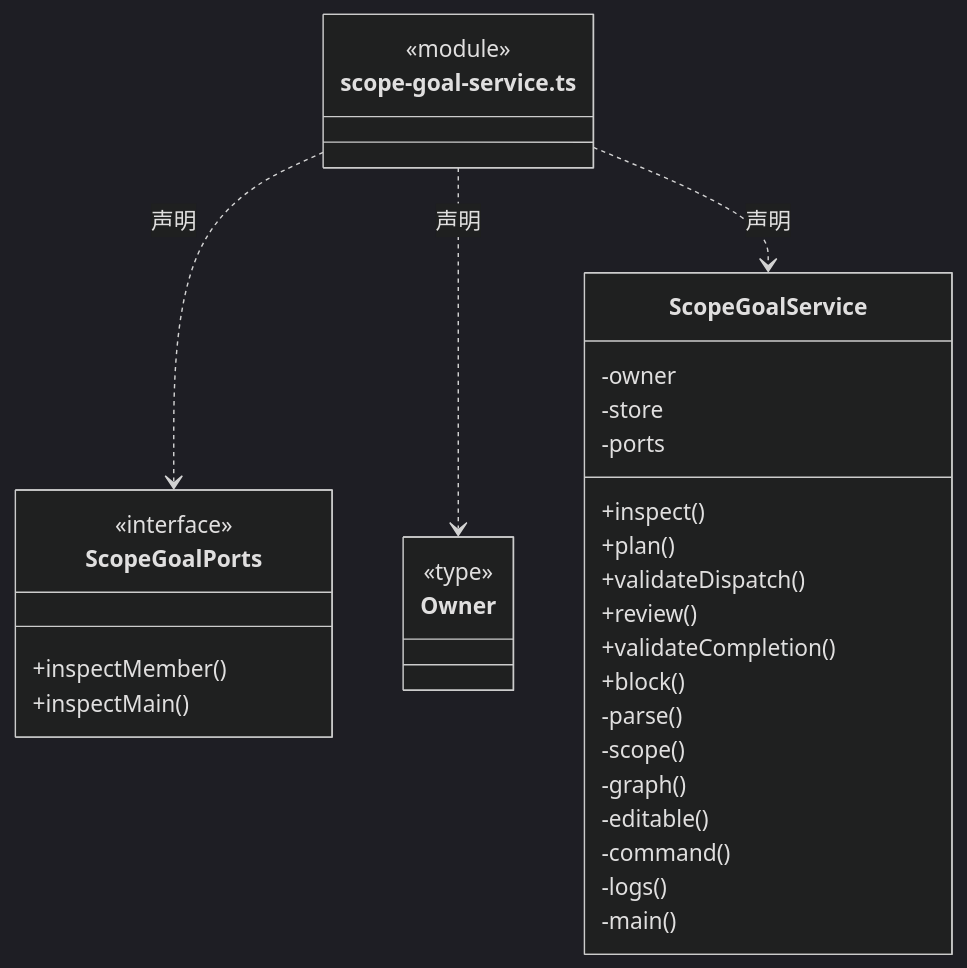
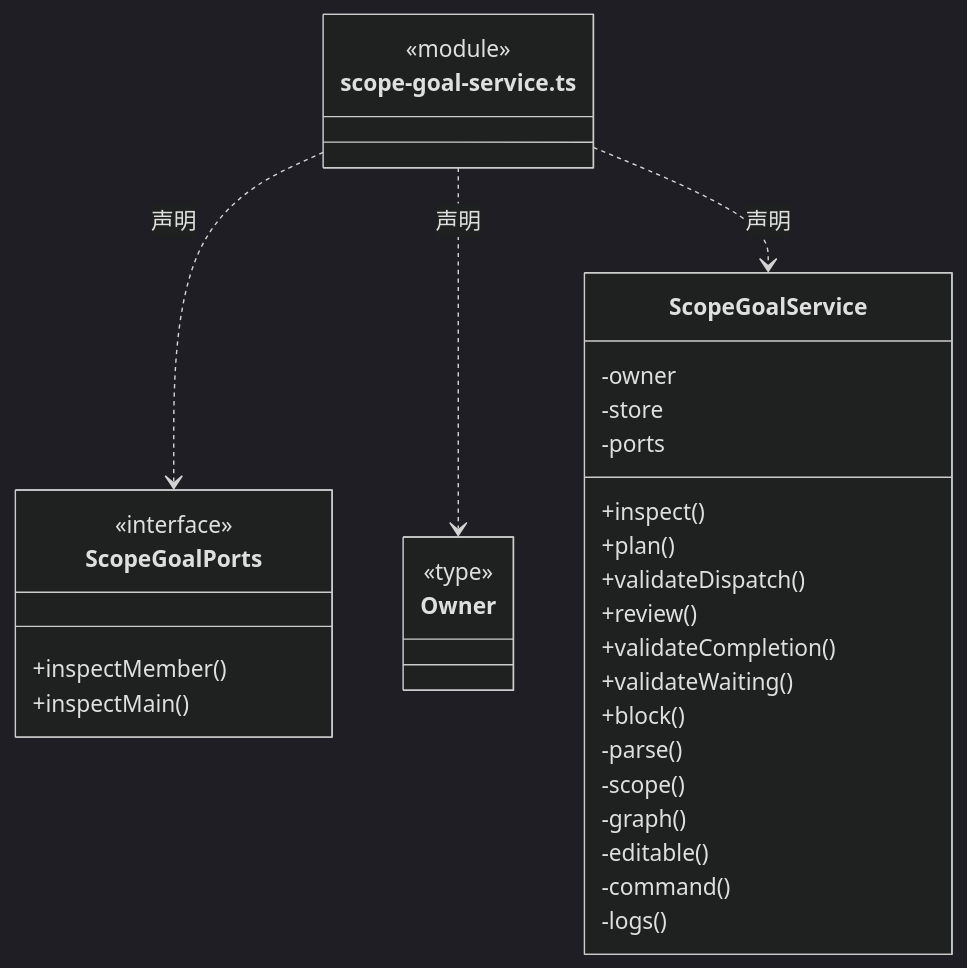
Before and after one commit to nan023062/cbim: diagram 20 of 28 in src/backend/scheduler-engine/execution/ARCHITECTURE.md, drawn with Mermaid (dark theme). The commit also changed other lines of this file and 49 other files, not shown here.

````diff
--- a/src/backend/scheduler-engine/execution/ARCHITECTURE.md
+++ b/src/backend/scheduler-engine/execution/ARCHITECTURE.md
@@ -537,36 +543,36 @@
 ```mermaid
 classDiagram
 class N_src_backend_scheduler_engine_execution_scope_goal_service_ts["scope-goal-service.ts"] {
   <<module>>
 }
 class N_src_backend_scheduler_engine_execution_scope_goal_service_ts_ScopeGoalPorts["ScopeGoalPorts"] {
   <<interface>>
   +inspectMember()
   +inspectMain()
 }
 N_src_backend_scheduler_engine_execution_scope_goal_service_ts ..> N_src_backend_scheduler_engine_execution_scope_goal_service_ts_ScopeGoalPorts : 声明
 class N_src_backend_scheduler_engine_execution_scope_goal_service_ts_Owner["Owner"] {
   <<type>>
 
 }
 N_src_backend_scheduler_engine_execution_scope_goal_service_ts ..> N_src_backend_scheduler_engine_execution_scope_goal_service_ts_Owner : 声明
 class N_src_backend_scheduler_engine_execution_scope_goal_service_ts_ScopeGoalService["ScopeGoalService"] {
   +inspect()
   +plan()
   +validateDispatch()
   +review()
   +validateCompletion()
+  +validateWaiting()
   +block()
   -owner
   -store
   -ports
   -parse()
   -scope()
   -graph()
   -editable()
   -command()
   -logs()
-  -main()
 }
 N_src_backend_scheduler_engine_execution_scope_goal_service_ts ..> N_src_backend_scheduler_engine_execution_scope_goal_service_ts_ScopeGoalService : 声明
 ```
````
